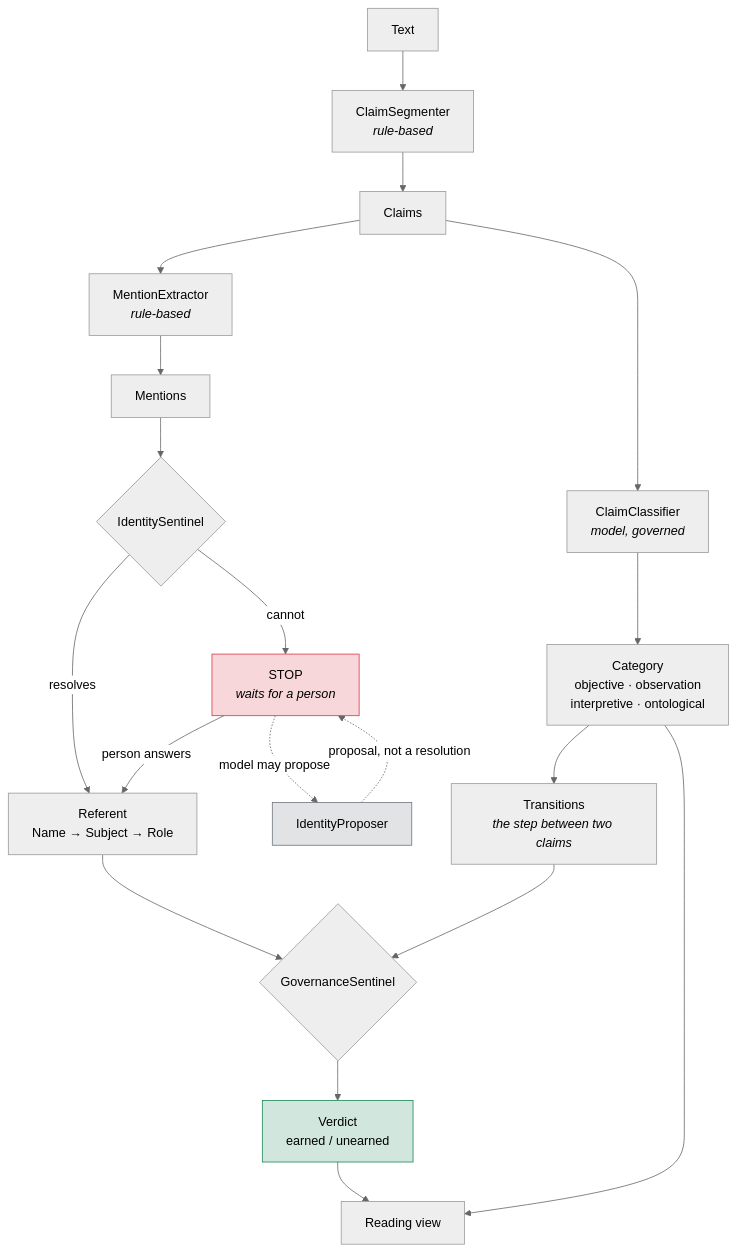
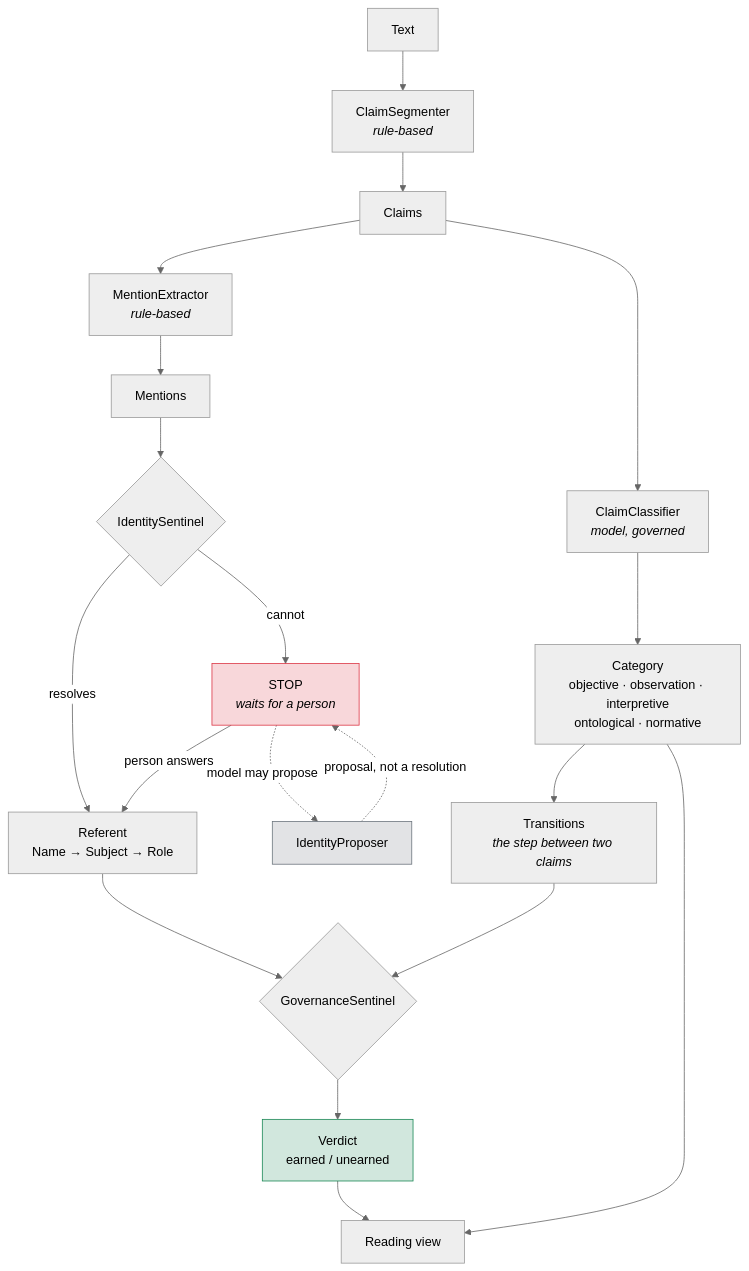
The first of 9 diagrams in docs/ARCHITECTURE.md (jhighman/alexicon), drawn with Mermaid (neutral theme) before and after one commit. The commit also changed other lines of this file and 4 other files, not shown here.

````diff
--- a/docs/ARCHITECTURE.md
+++ b/docs/ARCHITECTURE.md
@@ -18,30 +18,30 @@
 ```mermaid
 flowchart TD
     T["Text"] --> S["ClaimSegmenter<br/><i>rule-based</i>"]
     S --> C["Claims"]
     C --> X["MentionExtractor<br/><i>rule-based</i>"]
     X --> M["Mentions"]
     M --> IS{"IdentitySentinel"}
 
     IS -->|"resolves"| R["Referent<br/>Name → Subject → Role"]
     IS -->|"cannot"| STOP["STOP<br/><i>waits for a person</i>"]
 
     STOP -.->|"model may propose"| IP["IdentityProposer"]
     IP -.->|"proposal, not a resolution"| STOP
     STOP -->|"person answers"| R
 
     C --> CL["ClaimClassifier<br/><i>model, governed</i>"]
-    CL --> CAT["Category<br/>objective · observation<br/>interpretive · ontological"]
+    CL --> CAT["Category<br/>objective · observation · interpretive<br/>ontological · normative"]
 
     CAT --> TR["Transitions<br/><i>the step between two claims</i>"]
     R --> GS
     TR --> GS{"GovernanceSentinel"}
     GS --> V["Verdict<br/>earned / unearned"]
 
     V --> RV["Reading view"]
     CAT --> RV
 
     style STOP fill:#f8d7da,stroke:#dc3545
     style V fill:#d1e7dd,stroke:#198754
     style IP fill:#e2e3e5,stroke:#6c757d
 ```
````
